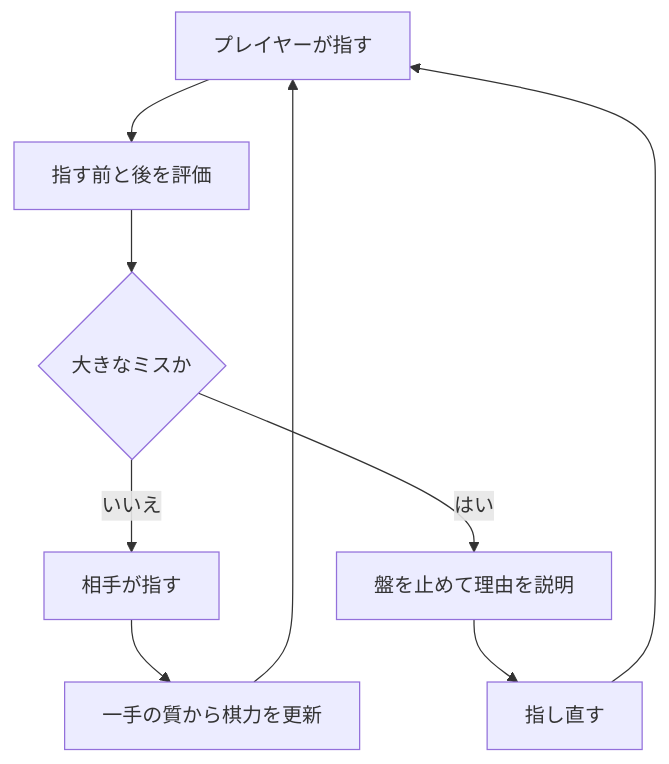
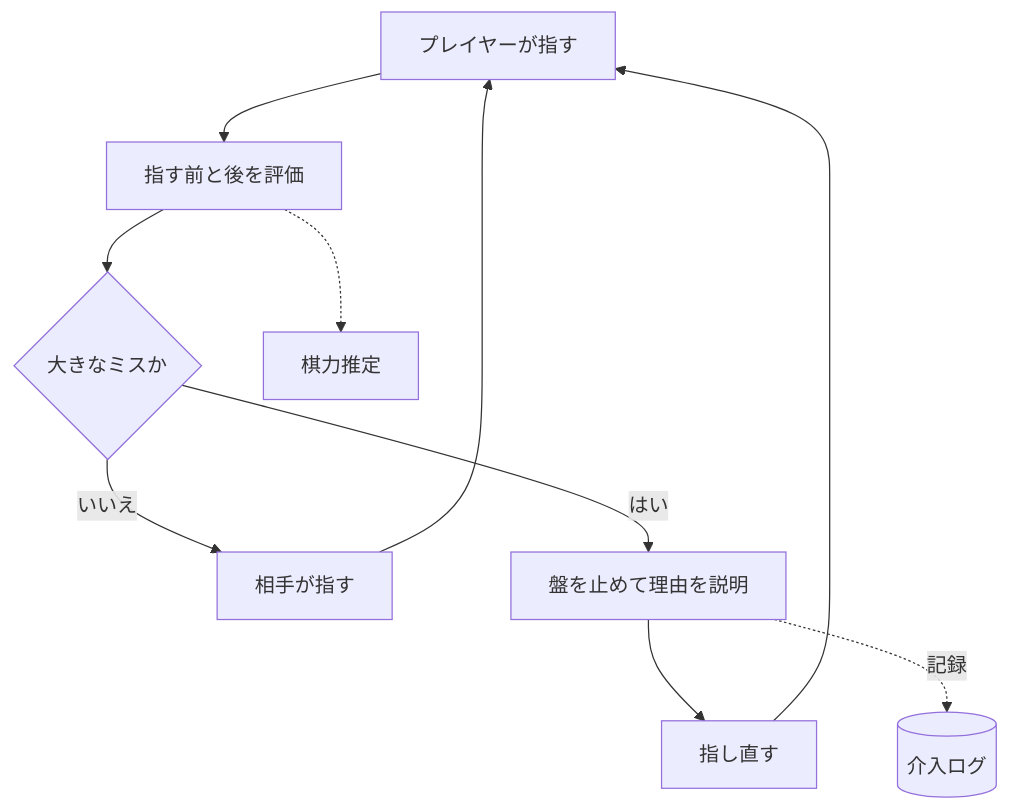
The first of 2 diagrams in articles/showgi-ai-knows-when-to-interrupt.md (jovid18/show-gi), drawn with Mermaid before and after one commit. The commit also changed other lines of this file and 1 other file, not shown here.

````diff
--- a/articles/showgi-ai-knows-when-to-interrupt.md
+++ b/articles/showgi-ai-knows-when-to-interrupt.md
@@ -29,11 +29,12 @@
 ```mermaid
 flowchart TD
   A[プレイヤーが指す] --> B[指す前と後を評価]
   B --> C{大きなミスか}
   C -- いいえ --> D[相手が指す]
   C -- はい --> E[盤を止めて理由を説明]
   E --> F[指し直す]
   F --> A
-  D --> G[一手の質から棋力を更新]
-  G --> A
+  D --> A
+  E -. 記録 .-> I[(介入ログ)]
+  B -.-> G[棋力推定]
 ```
````
